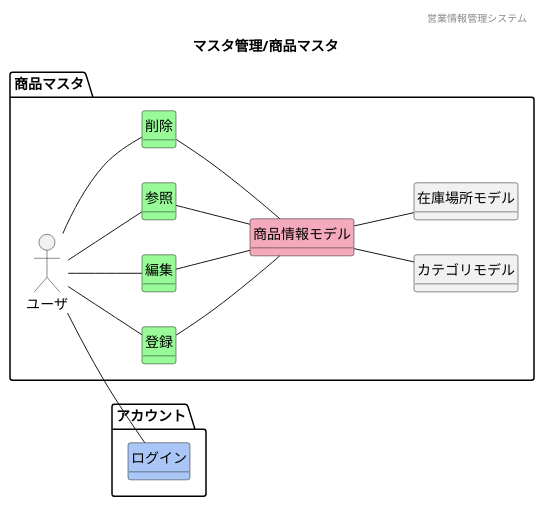
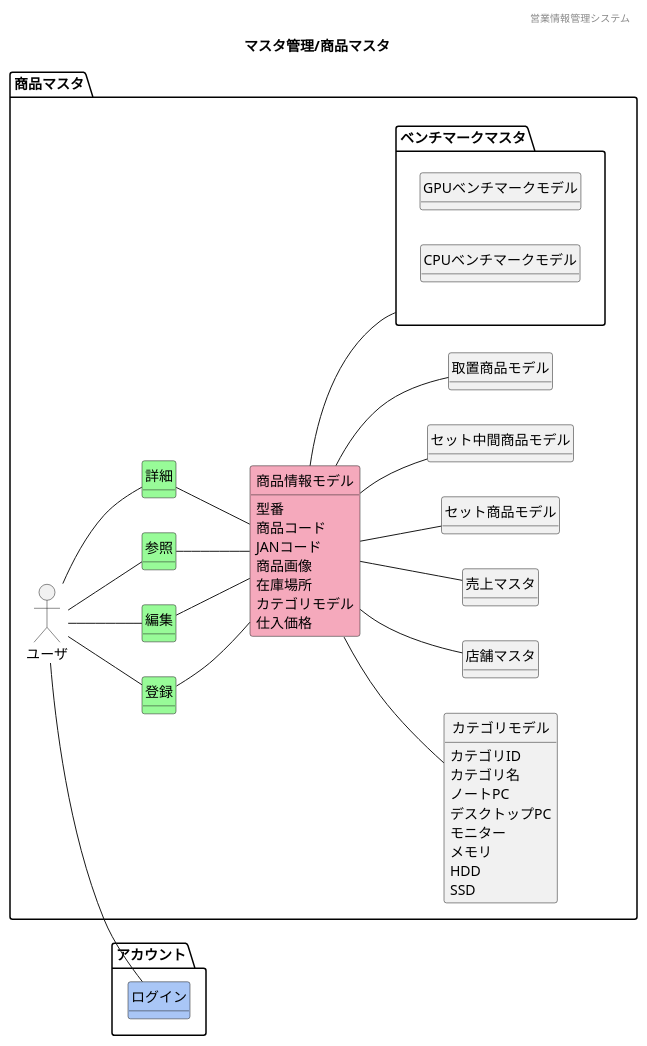
Before and after one commit to HaruShim/Sotuken: the diagram in 各種設計書/1ドメインモデル図/マスタ管理/F03商品マスタ.plantuml, drawn with PlantUML. The commit also changed 13 other files, not shown here.

```diff
--- a/各種設計書/1ドメインモデル図/マスタ管理/F03商品マスタ.plantuml
+++ b/各種設計書/1ドメインモデル図/マスタ管理/F03商品マスタ.plantuml
@@ -1,47 +1,86 @@
 @startuml images/マスタ管理/商品マスタ
 ' ヘッダー
 header 営業情報管理システム
 ' タイトル
 title マスタ管理/商品マスタ
 ' 
 hide circle
 ' 
 hide method
 left to right direction
 
 package "アカウント"{
     class "ログイン" #A9C6F6
 }
 
 package "商品マスタ" {
     'ユーザや外部システム
     mix_actor "ユーザ"
     class "登録" #98fb98
     class "編集" #98fb98
     class "参照" #98fb98
-    class "削除" #98fb98
+    class "詳細" #98fb98
     ' メインのモデルは赤
     class "商品情報モデル" #F5A9BC 
-    class "カテゴリモデル"
+    class "カテゴリモデル" 
+    package "ベンチマークマスタ"{
+        class "GPUベンチマークモデル"
+        class "CPUベンチマークモデル"
+    }
+    class "店舗マスタ"
+    class "売上マスタ" 
+    class "セット商品モデル"
+    class "セット中間商品モデル"
+    class "取置商品モデル"
+
+
+    カテゴリモデル : カテゴリID
+    カテゴリモデル : カテゴリ名
+
+
+
+
+
+
+
+
+
+
 
     'モデル同士の関係
     ユーザ -- 参照
     ユーザ -- 登録
     ユーザ -- 編集
-    ユーザ -- 削除
+    ユーザ -- 詳細
     参照 -- 商品情報モデル
     登録 -- 商品情報モデル 
     編集 -- 商品情報モデル 
-    削除 -- 商品情報モデル
-    商品情報モデル -- カテゴリモデル 
-    商品情報モデル -- 在庫場所モデル
-    
+    詳細 -- 商品情報モデル
+    商品情報モデル -- カテゴリモデル
+    商品情報モデル -- 売上マスタ
+    商品情報モデル -- 店舗マスタ
+    商品情報モデル -- ベンチマークマスタ
+    商品情報モデル -- 取置商品モデル
+    商品情報モデル -- セット中間商品モデル
+    商品情報モデル -- セット商品モデル
     'ドメインクラスの属性
-
+    商品情報モデル : 型番
+    商品情報モデル : 商品コード
+    商品情報モデル : JANコード
+    商品情報モデル : 商品画像
+    商品情報モデル : 在庫場所
+    商品情報モデル : カテゴリモデル
+    商品情報モデル : 仕入価格
+    カテゴリモデル : ノートPC
+    カテゴリモデル : デスクトップPC
+    カテゴリモデル : モニター
+    カテゴリモデル : メモリ
+    カテゴリモデル : HDD
+    カテゴリモデル : SSD
 }
 
 
 
 ユーザ -- ログイン
 
 @enduml
```
